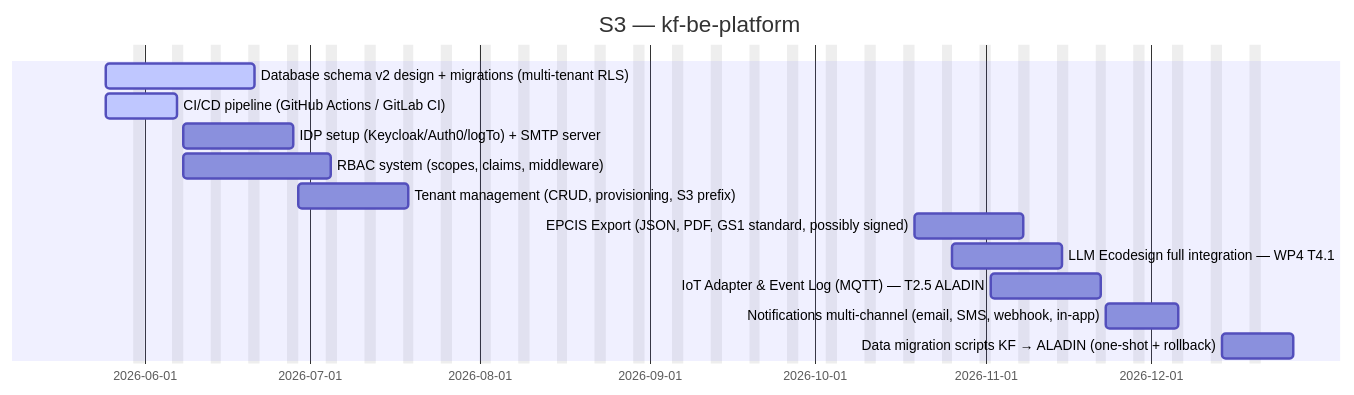
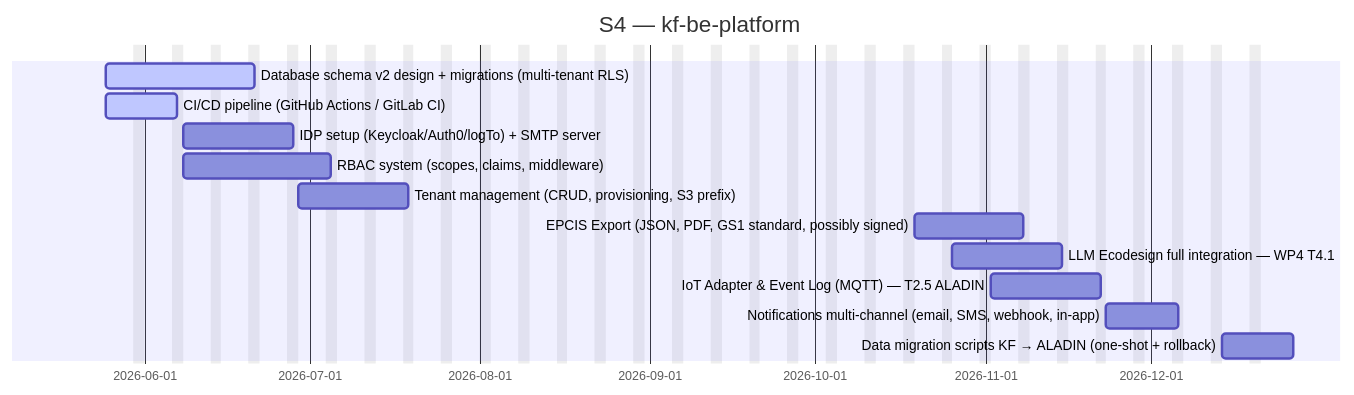
One commit to Katty-Fashion/kf-cpto changed the second of 3 diagrams in docs/_projects/kf-be-platform.md. Above: the diagram before and after it, drawn with Mermaid. The commit also changed other lines of this file and 11 other files, not shown here.

````diff
--- a/docs/_projects/kf-be-platform.md
+++ b/docs/_projects/kf-be-platform.md
@@ -78,17 +78,17 @@
 ```mermaid
 gantt
-    title S3 — kf-be-platform
+    title S4 — kf-be-platform
     dateFormat YYYY-MM-DD
     excludes weekends
 
     Database schema v2 design + migrations (multi-tenant RLS) :active, 2026-05-25, 2026-06-21
     CI/CD pipeline (GitHub Actions / GitLab CI) :active, 2026-05-25, 2026-06-07
     IDP setup (Keycloak/Auth0/logTo) + SMTP server :2026-06-08, 2026-06-28
     RBAC system (scopes, claims, middleware) :2026-06-08, 2026-07-05
     Tenant management (CRUD, provisioning, S3 prefix) :2026-06-29, 2026-07-19
     EPCIS Export (JSON, PDF, GS1 standard, possibly signed) :2026-10-19, 2026-11-08
     LLM Ecodesign full integration — WP4 T4.1 :2026-10-26, 2026-11-15
     IoT Adapter & Event Log (MQTT) — T2.5 ALADIN :2026-11-02, 2026-11-22
     Notifications multi-channel (email, SMS, webhook, in-app) :2026-11-23, 2026-12-06
     Data migration scripts KF → ALADIN (one-shot + rollback) :2026-12-14, 2026-12-27
 ```
````
